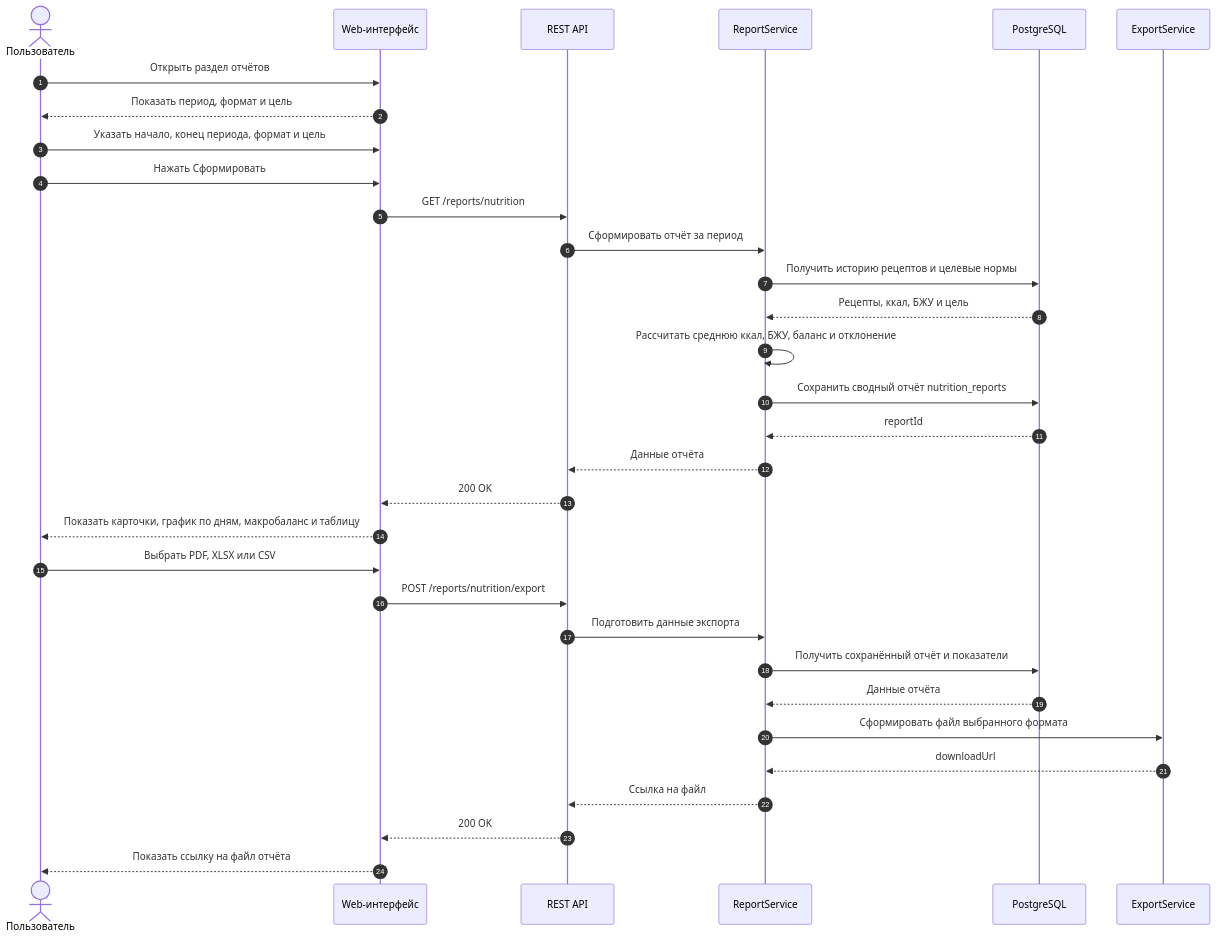
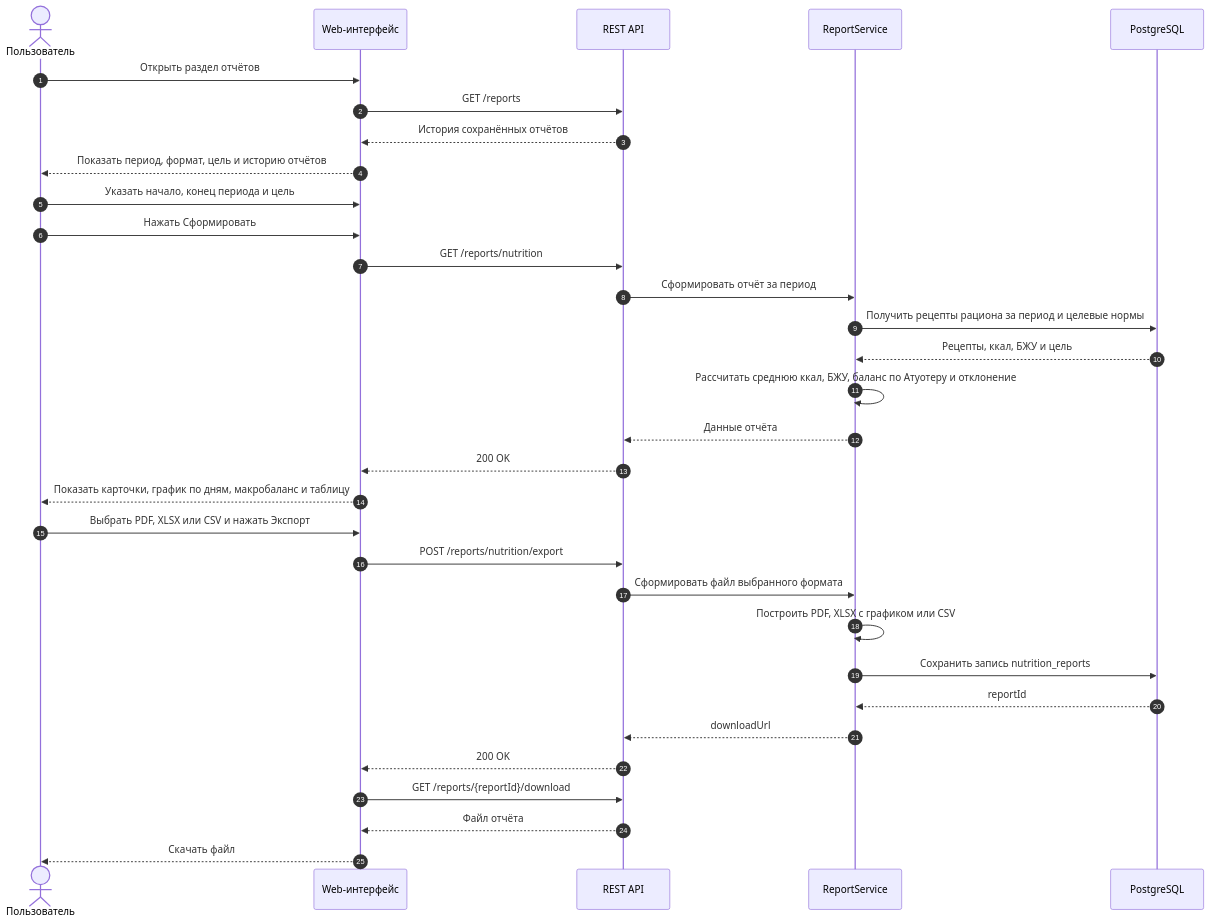
Before and after one commit to Skipl1/ASOIU: the diagram in Optimization-Methods/laba_2/diagrams/Posledovatelnost/07_Отчёт_о_пищевой_ценности.mmd, drawn with Mermaid. The commit also changed 54 other files, not shown here.

```diff
--- a/Optimization-Methods/laba_2/diagrams/Posledovatelnost/07_Отчёт_о_пищевой_ценности.mmd
+++ b/Optimization-Methods/laba_2/diagrams/Posledovatelnost/07_Отчёт_о_пищевой_ценности.mmd
@@ -1,34 +1,35 @@
+%%{init: {"sequence": {"actorMargin": 18, "messageMargin": 22, "boxMargin": 6}}}%%
 sequenceDiagram
     autonumber
     actor U as Пользователь
     participant Web as Web-интерфейс
     participant API as REST API
     participant Reports as ReportService
     participant DB as PostgreSQL
-    participant Export as ExportService
 
     U->>Web: Открыть раздел отчётов
-    Web-->>U: Показать период, формат и цель
-    U->>Web: Указать начало, конец периода, формат и цель
+    Web->>API: GET /reports
+    API-->>Web: История сохранённых отчётов
+    Web-->>U: Показать период, формат, цель и историю отчётов
+    U->>Web: Указать начало, конец периода и цель
     U->>Web: Нажать Сформировать
     Web->>API: GET /reports/nutrition
     API->>Reports: Сформировать отчёт за период
-    Reports->>DB: Получить историю рецептов и целевые нормы
+    Reports->>DB: Получить рецепты рациона за период и целевые нормы
     DB-->>Reports: Рецепты, ккал, БЖУ и цель
-    Reports->>Reports: Рассчитать среднюю ккал, БЖУ, баланс и отклонение
-    Reports->>DB: Сохранить сводный отчёт nutrition_reports
-    DB-->>Reports: reportId
+    Reports->>Reports: Рассчитать среднюю ккал, БЖУ, баланс по Атуотеру и отклонение
     Reports-->>API: Данные отчёта
     API-->>Web: 200 OK
     Web-->>U: Показать карточки, график по дням, макробаланс и таблицу
 
-    U->>Web: Выбрать PDF, XLSX или CSV
+    U->>Web: Выбрать PDF, XLSX или CSV и нажать Экспорт
     Web->>API: POST /reports/nutrition/export
-    API->>Reports: Подготовить данные экспорта
-    Reports->>DB: Получить сохранённый отчёт и показатели
-    DB-->>Reports: Данные отчёта
-    Reports->>Export: Сформировать файл выбранного формата
-    Export-->>Reports: downloadUrl
-    Reports-->>API: Ссылка на файл
+    API->>Reports: Сформировать файл выбранного формата
+    Reports->>Reports: Построить PDF, XLSX с графиком или CSV
+    Reports->>DB: Сохранить запись nutrition_reports
+    DB-->>Reports: reportId
+    Reports-->>API: downloadUrl
     API-->>Web: 200 OK
-    Web-->>U: Показать ссылку на файл отчёта
+    Web->>API: GET /reports/#123;reportId#125;/download
+    API-->>Web: Файл отчёта
+    Web-->>U: Скачать файл
```
